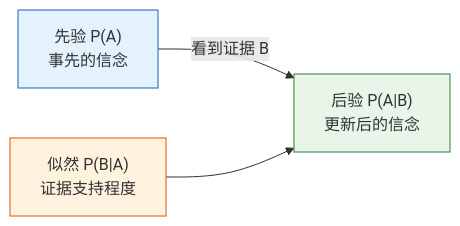
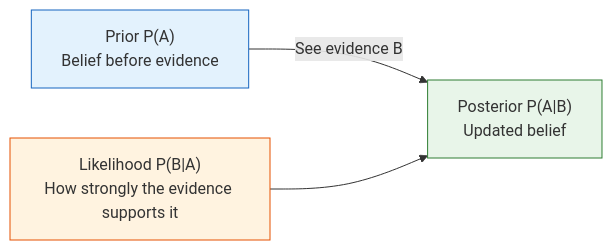
The third of 3 diagrams in docs/ch04-ai-math/ch02-probability/01-probability-basics.md (oudbiao/AI-fullstack-course), drawn with Mermaid before and after one commit. The commit also changed other lines of this file and 1406 other files, not shown here.

````diff
--- a/docs/ch04-ai-math/ch02-probability/01-probability-basics.md
+++ b/docs/ch04-ai-math/ch02-probability/01-probability-basics.md
@@ -336,9 +335,9 @@
 ```mermaid
 flowchart LR
-    A["先验 P(A)<br/>事先的信念"] -->|"看到证据 B"| B["后验 P(A|B)<br/>更新后的信念"]
-    C["似然 P(B|A)<br/>证据支持程度"] --> B
+    A["Prior P(A)<br/>Belief before evidence"] -->|"See evidence B"| B["Posterior P(A|B)<br/>Updated belief"]
+    C["Likelihood P(B|A)<br/>How strongly the evidence supports it"] --> B
 
     style A fill:#e3f2fd,stroke:#1565c0,color:#333
     style B fill:#e8f5e9,stroke:#2e7d32,color:#333
     style C fill:#fff3e0,stroke:#e65100,color:#333
 ```
````
